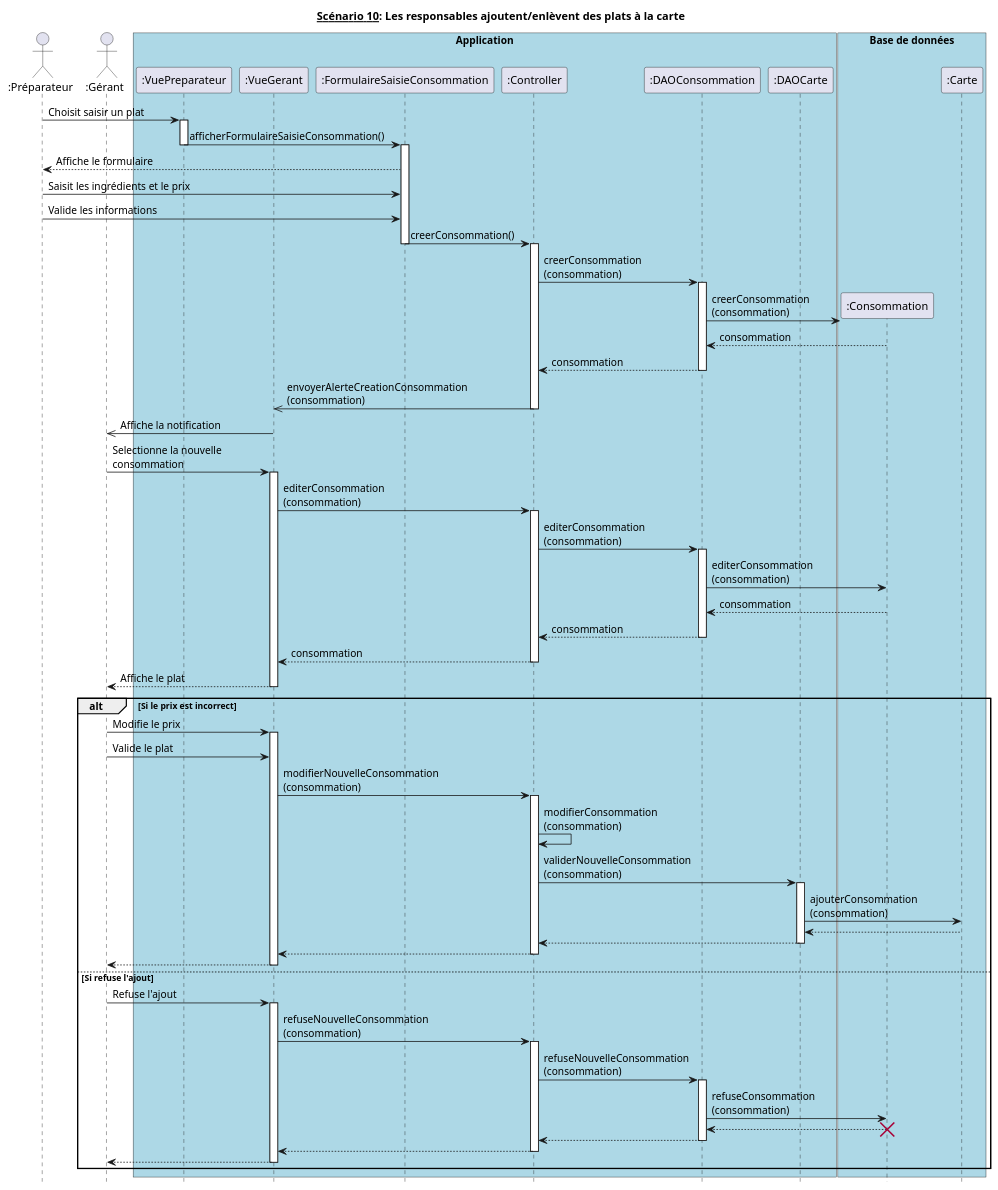
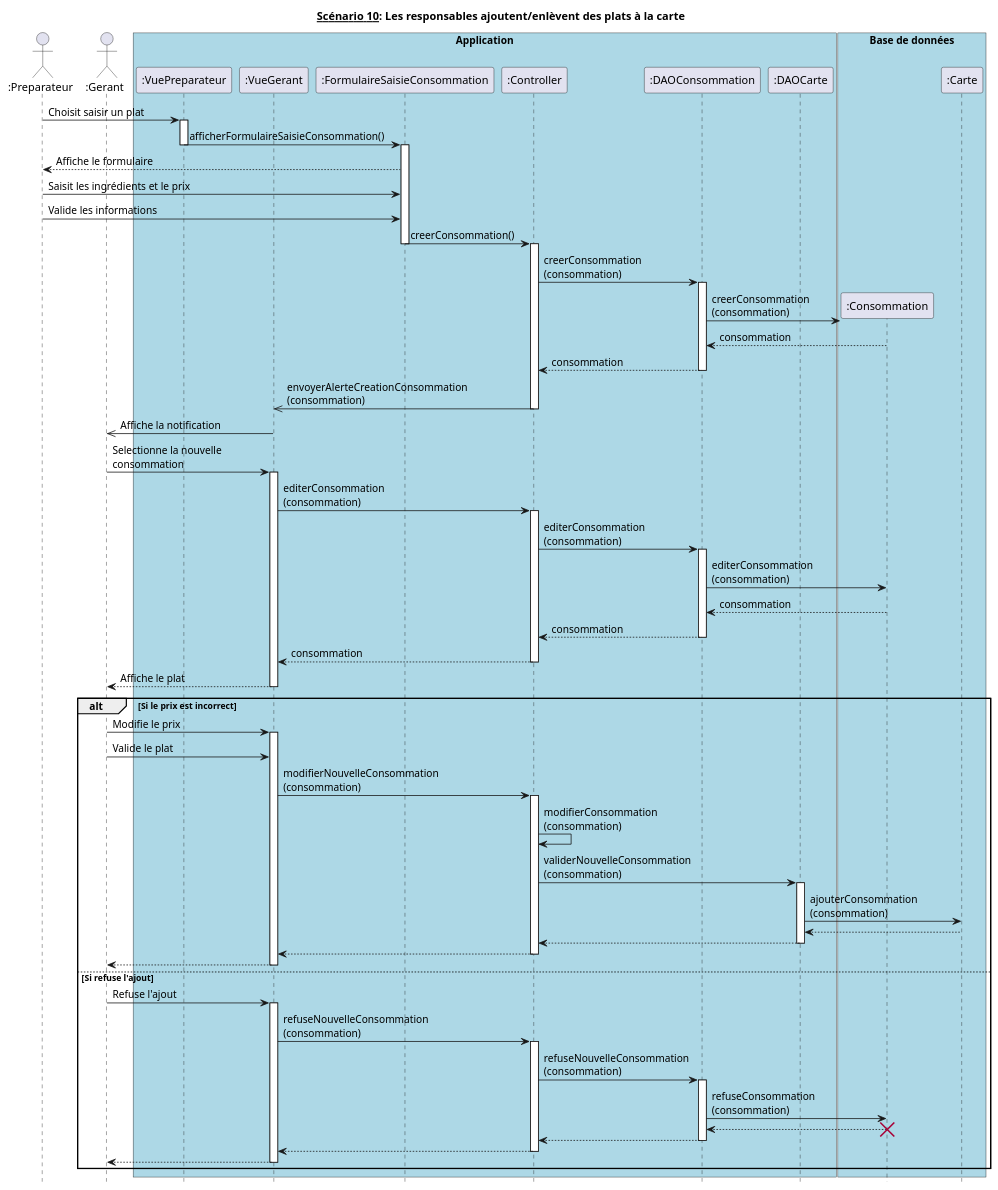
Before and after one commit to hulskenA/GL-Les_seigneurs_du_resto: the diagram in diagrammes_sequences_detailles/dss10.md, drawn with PlantUML.

Commit message:
modification dss détaillés 10

```diff
--- a/diagrammes_sequences_detailles/dss10.md
+++ b/diagrammes_sequences_detailles/dss10.md
@@ -4,8 +4,8 @@
 title __Scénario 10__: Les responsables ajoutent/enlèvent des plats à la carte
 
 
-actor ":Préparateur" as Préparateur order 10
-actor ":Gérant" as Gérant order 20
+actor ":Preparateur" as Préparateur order 10
+actor ":Gerant" as Gérant order 20
 
 box "Application" #Lightblue
     participant ":VuePreparateur" as VuePréparateur order 30
```
